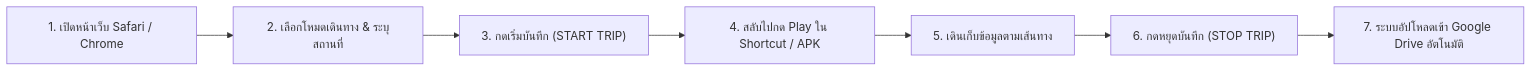
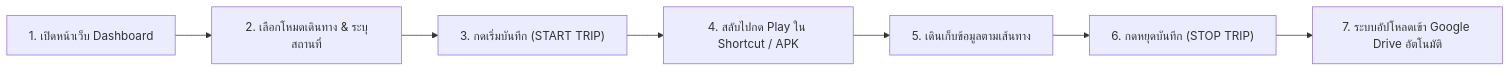
One commit to Kitsada4435/rssi-web-logger changed the first of 2 diagrams in README.md. Above: the diagram before and after it, drawn with Mermaid. The commit also changed other lines of this file and 2 other files, not shown here.

````diff
--- a/README.md
+++ b/README.md
@@ -104,9 +106,9 @@
 ```mermaid
 flowchart LR
-    A["1. เปิดหน้าเว็บ Safari / Chrome"] --> B["2. เลือกโหมดเดินทาง & ระบุสถานที่"]
+    A["1. เปิดหน้าเว็บ Dashboard"] --> B["2. เลือกโหมดเดินทาง & ระบุสถานที่"]
     B --> C["3. กดเริ่มบันทึก (START TRIP)"]
     C --> D["4. สลับไปกด Play ใน Shortcut / APK"]
     D --> E["5. เดินเก็บข้อมูลตามเส้นทาง"]
     E --> F["6. กดหยุดบันทึก (STOP TRIP)"]
     F --> G["7. ระบบอัปโหลดเข้า Google Drive อัตโนมัติ"]
 ```
````
